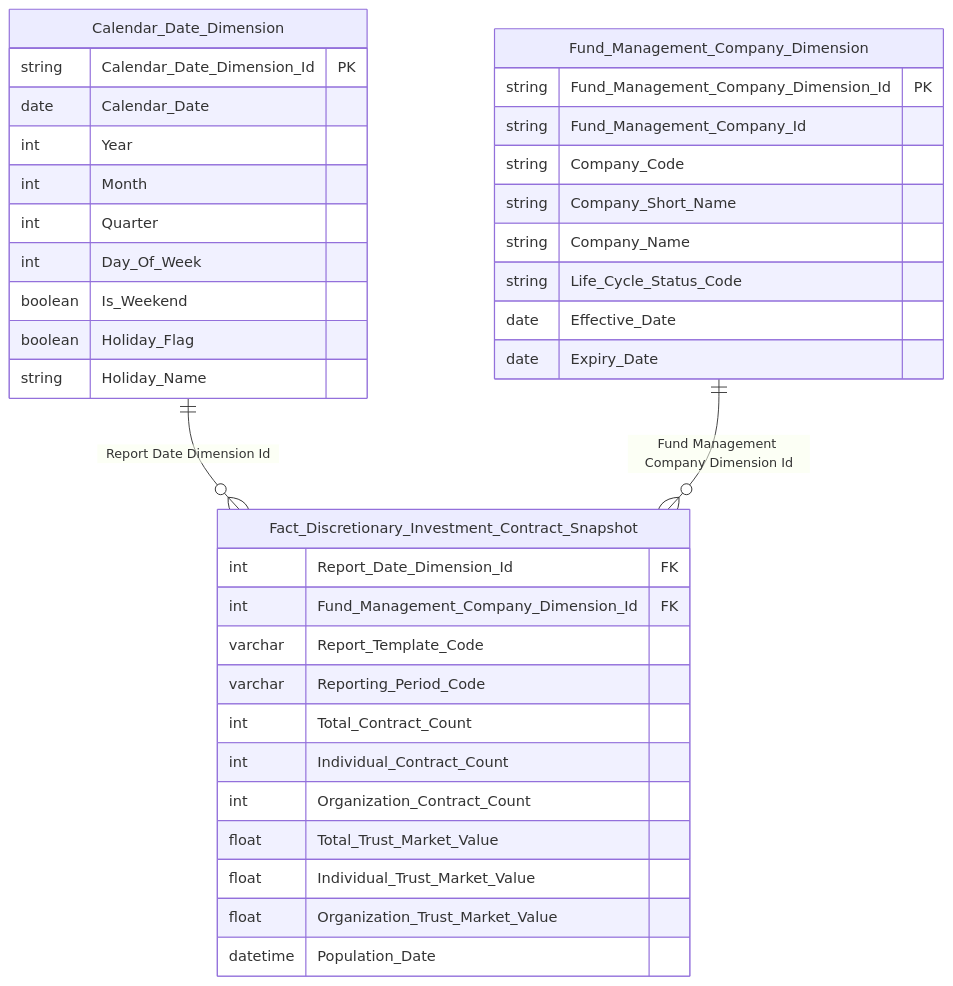
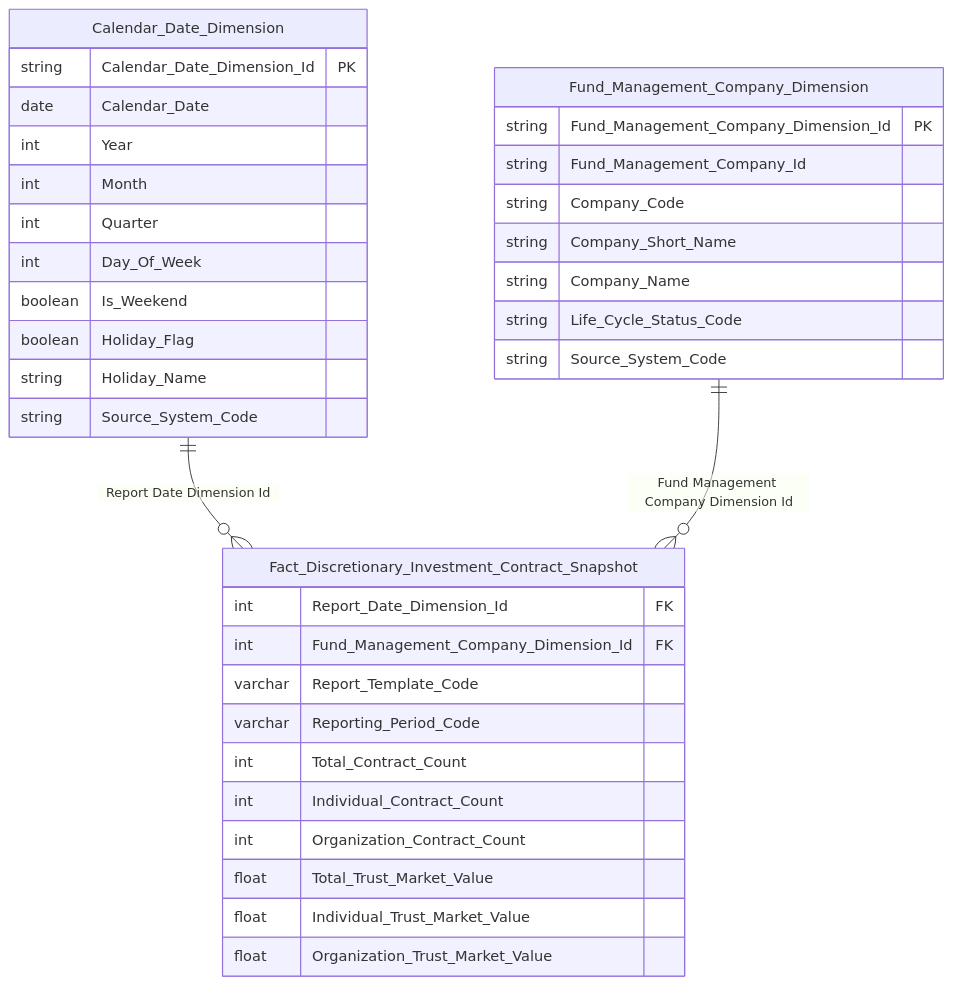
One commit to linhlvit/ubck_atomic_design changed diagram 12 of 37 in Datamart/hld/DTM_FMS_HLD.md. Above: the diagram before and after it, drawn with Mermaid. The commit also changed other lines of this file and 2 other files, not shown here.

````diff
--- a/Datamart/hld/DTM_FMS_HLD.md
+++ b/Datamart/hld/DTM_FMS_HLD.md
@@ -522,40 +523,39 @@
 ```mermaid
 erDiagram
     Fact_Discretionary_Investment_Contract_Snapshot {
         int Report_Date_Dimension_Id FK
         int Fund_Management_Company_Dimension_Id FK
         varchar Report_Template_Code
         varchar Reporting_Period_Code
         int Total_Contract_Count
         int Individual_Contract_Count
         int Organization_Contract_Count
         float Total_Trust_Market_Value
         float Individual_Trust_Market_Value
         float Organization_Trust_Market_Value
-        datetime Population_Date
     }
     Fund_Management_Company_Dimension {
         string Fund_Management_Company_Dimension_Id PK
         string Fund_Management_Company_Id
         string Company_Code
         string Company_Short_Name
         string Company_Name
         string Life_Cycle_Status_Code
-        date Effective_Date
-        date Expiry_Date
+        string Source_System_Code
     }
     Calendar_Date_Dimension {
         string Calendar_Date_Dimension_Id PK
         date Calendar_Date
         int Year
         int Month
         int Quarter
         int Day_Of_Week
         boolean Is_Weekend
         boolean Holiday_Flag
         string Holiday_Name
+        string Source_System_Code
     }
 
     Calendar_Date_Dimension ||--o{ Fact_Discretionary_Investment_Contract_Snapshot : "Report Date Dimension Id"
     Fund_Management_Company_Dimension ||--o{ Fact_Discretionary_Investment_Contract_Snapshot : "Fund Management Company Dimension Id"
 ```
````
